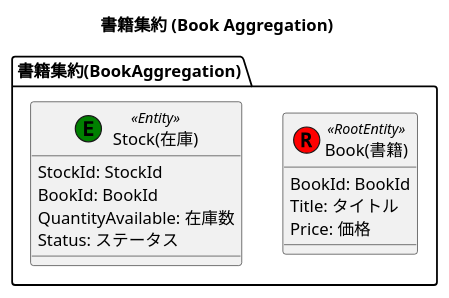
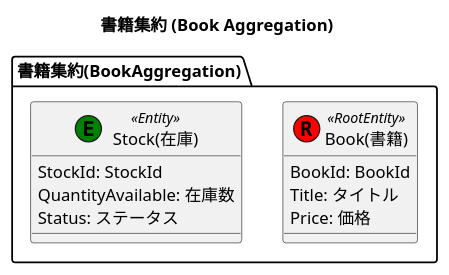
The second of 14 diagrams in books/ddd-hands-on/chapter6.md (yamachan0625/zenn), drawn with PlantUML before and after one commit. The commit also changed other lines of this file and 6 other files, not shown here.

````diff
--- a/books/ddd-hands-on/chapter6.md
+++ b/books/ddd-hands-on/chapter6.md
@@ -117,23 +117,22 @@
 ```plantuml:StockManagement/Domain/models/Book/Book.pu
 @startuml BookAggregation
 
 title 書籍集約 (Book Aggregation)
 
 package "書籍集約(BookAggregation)" {
     ' 1. エンティティの定義
     class "Book(書籍)" as Book << (R,red) RootEntity >> {
         BookId: BookId
         Title: タイトル
         Price: 価格
     }
 
     class "Stock(在庫)" as Stock << (E,green) Entity >> {
         StockId: StockId
-        BookId: BookId
         QuantityAvailable: 在庫数
         Status: ステータス
     }
 }
 
 @enduml
 ```
````
